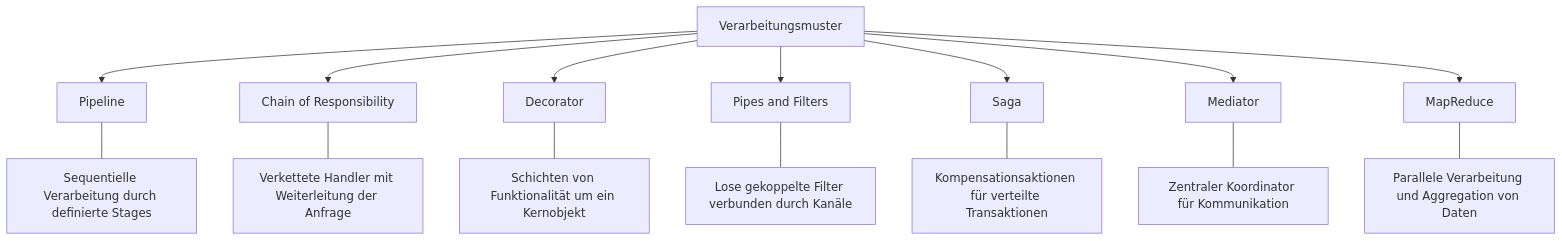
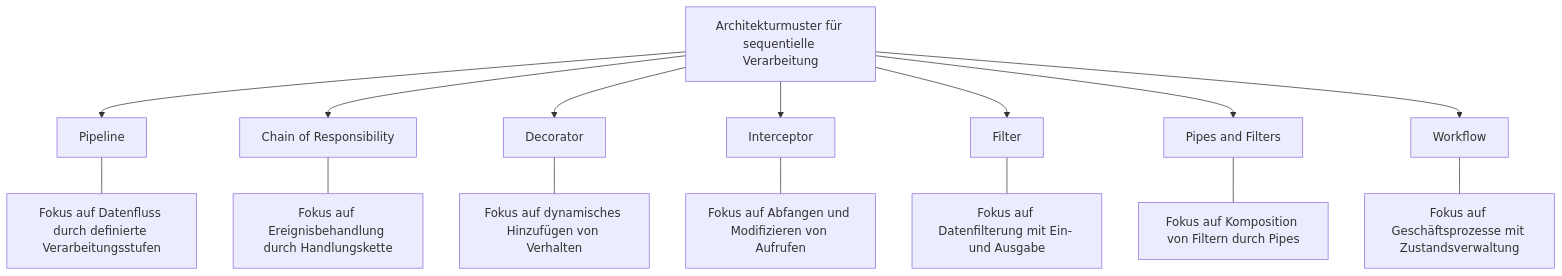
One commit to scimbe/VS_Pattern_By_KI changed the first of 13 diagrams in Pipeline/docs/PATTERNS_COMPARISON.md. Above: the diagram before and after it, drawn with Mermaid. The commit also changed other lines of this file and 19 other files, not shown here.

````diff
--- a/Pipeline/docs/PATTERNS_COMPARISON.md
+++ b/Pipeline/docs/PATTERNS_COMPARISON.md
@@ -7,18 +7,18 @@
 ```mermaid
 graph TD
-    A[Verarbeitungsmuster] --> B[Pipeline]
+    A[Architekturmuster für sequentielle Verarbeitung] --> B[Pipeline]
     A --> C[Chain of Responsibility]
     A --> D[Decorator]
-    A --> E[Pipes and Filters]
-    A --> F[Saga]
-    A --> G[Mediator]
-    A --> H[MapReduce]
+    A --> E[Interceptor]
+    A --> F[Filter]
+    A --> G[Pipes and Filters]
+    A --> H[Workflow]
     
-    B --- B1[Sequentielle Verarbeitung durch definierte Stages]
-    C --- C1[Verkettete Handler mit Weiterleitung der Anfrage]
-    D --- D1[Schichten von Funktionalität um ein Kernobjekt]
-    E --- E1[Lose gekoppelte Filter verbunden durch Kanäle]
-    F --- F1[Kompensationsaktionen für verteilte Transaktionen]
-    G --- G1[Zentraler Koordinator für Kommunikation]
-    H --- H1[Parallele Verarbeitung und Aggregation von Daten]
+    B --- B1[Fokus auf Datenfluss durch definierte Verarbeitungsstufen]
+    C --- C1[Fokus auf Ereignisbehandlung durch Handlungskette]
+    D --- D1[Fokus auf dynamisches Hinzufügen von Verhalten]
+    E --- E1[Fokus auf Abfangen und Modifizieren von Aufrufen]
+    F --- F1[Fokus auf Datenfilterung mit Ein- und Ausgabe]
+    G --- G1[Fokus auf Komposition von Filtern durch Pipes]
+    H --- H1[Fokus auf Geschäftsprozesse mit Zustandsverwaltung]
 ```
````
